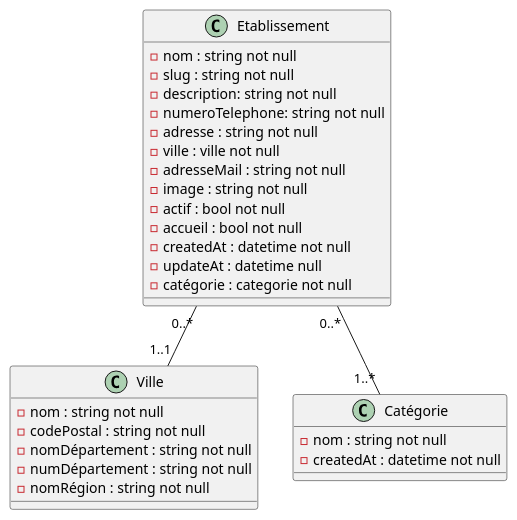
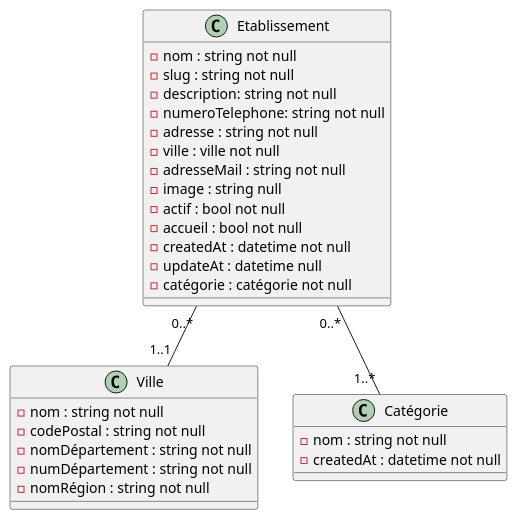
Before and after one commit to RomainFerr/FC-Tourisme: the diagram in documentations/diagramme.puml, drawn with PlantUML. The commit also changed 4 other files, not shown here.

```diff
--- a/documentations/diagramme.puml
+++ b/documentations/diagramme.puml
@@ -1,35 +1,35 @@
 @startuml
 class Etablissement{
 - nom : string not null
 - slug : string not null
 - description: string not null
 - numeroTelephone: string not null
 - adresse : string not null
 - ville : ville not null
 - adresseMail : string not null
-- image : string not null
+- image : string null
 - actif : bool not null
 - accueil : bool not null
 - createdAt : datetime not null
 - updateAt : datetime null
-- catégorie : categorie not null
+- catégorie : catégorie not null
 }
 
 class Ville{
 - nom : string not null
 - codePostal : string not null
 - nomDépartement : string not null
 - numDépartement : string not null
 - nomRégion : string not null
 }
 
 class Catégorie{
 - nom : string not null
 - createdAt : datetime not null
 }
 
 Etablissement "0..*"--"1..1"Ville
 Etablissement "0..*"--"1..*"Catégorie
 
 
 @enduml
```
